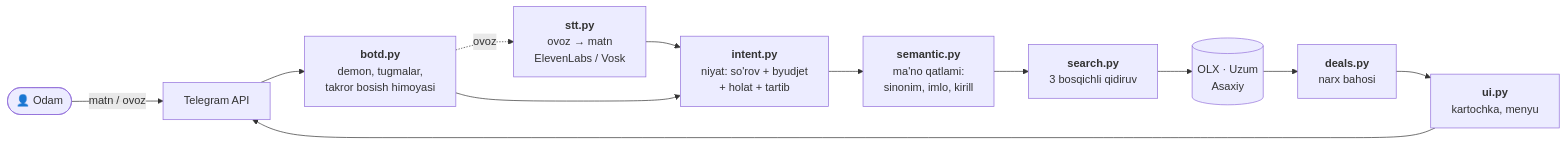
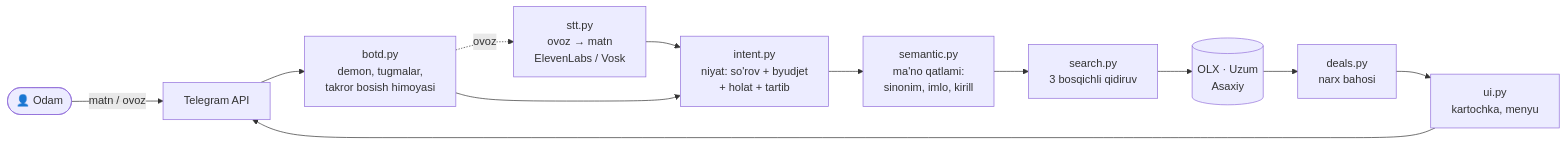
Before and after one commit to VohidovTohirjon/telegram-deal-hunter: the first of 2 diagrams in README.md, drawn with Mermaid. The commit also changed other lines of this file, not shown here.

Commit message:
docs: mermaid diagrammalar yorliqlarini soddalashtirish
GitHub mermaid'ni sandbox iframe'da render qiladi va yorliq ichidagi HTML'ni
tozalagichdan o'tkazadi — <b> teglari matn bo'lib ko'rinib qolishi mumkin edi.
Endi faqat <br/> (GitHub hujjatida kafolatlangan) ishlatiladi; nuqtali strelka
yorlig'i ham standart shaklga keltirildi (-. ovoz .->).

````diff
--- a/README.md
+++ b/README.md
@@ -193,14 +193,14 @@
 ```mermaid
 flowchart LR
     U([👤 Odam]) -->|matn / ovoz| TG[Telegram API]
-    TG --> BOTD["<b>botd.py</b><br/>demon, tugmalar,<br/>takror bosish himoyasi"]
-    BOTD -.ovoz.-> STT["<b>stt.py</b><br/>ovoz → matn<br/>ElevenLabs / Vosk"]
+    TG --> BOTD["botd.py<br/>demon, tugmalar,<br/>takror bosish himoyasi"]
+    BOTD -. ovoz .-> STT["stt.py<br/>ovoz → matn<br/>ElevenLabs / Vosk"]
     STT --> INT
-    BOTD --> INT["<b>intent.py</b><br/>niyat: so'rov + byudjet<br/>+ holat + tartib"]
-    INT --> SEM["<b>semantic.py</b><br/>ma'no qatlami:<br/>sinonim, imlo, kirill"]
-    SEM --> SR["<b>search.py</b><br/>3 bosqichli qidiruv"]
+    BOTD --> INT["intent.py<br/>niyat: so'rov + byudjet<br/>+ holat + tartib"]
+    INT --> SEM["semantic.py<br/>ma'no qatlami:<br/>sinonim, imlo, kirill"]
+    SEM --> SR["search.py<br/>3 bosqichli qidiruv"]
     SR --> SRC[("OLX · Uzum<br/>Asaxiy")]
-    SRC --> DL["<b>deals.py</b><br/>narx bahosi"]
-    DL --> UI["<b>ui.py</b><br/>kartochka, menyu"]
+    SRC --> DL["deals.py<br/>narx bahosi"]
+    DL --> UI["ui.py<br/>kartochka, menyu"]
     UI --> TG
 ```
````
